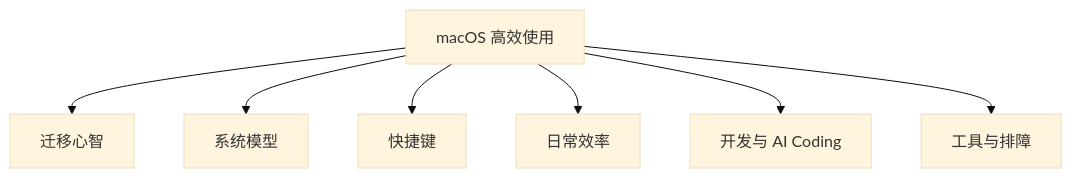
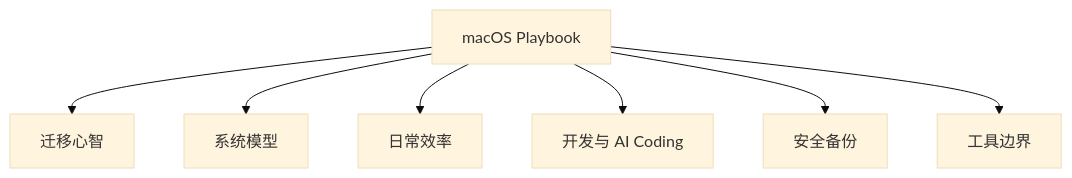
Before and after one commit to realchendahuang/macos-playbook: the diagram in README.md, drawn with Mermaid (base theme). The commit also changed other lines of this file and 5 other files, not shown here.

Commit message:
docs: complete macOS playbook content

````diff
--- a/README.md
+++ b/README.md
@@ -9,9 +9,9 @@
 ```mermaid
 flowchart TD
-  A[macOS 高效使用] --> B[迁移心智]
+  A[macOS Playbook] --> B[迁移心智]
   A --> C[系统模型]
-  A --> D[快捷键]
-  A --> E[日常效率]
-  A --> F[开发与 AI Coding]
-  A --> G[工具与排障]
+  A --> D[日常效率]
+  A --> E[开发与 AI Coding]
+  A --> F[安全备份]
+  A --> G[工具边界]
 ```
````
